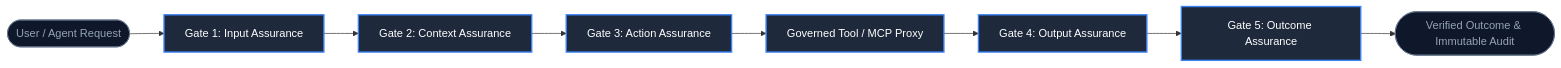
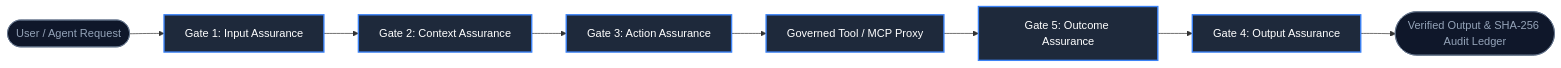
The diagram in README.md (VedantPanchal23/MIRAGE), drawn with Mermaid before and after one commit. The commit also changed other lines of this file and 68 other files, not shown here.

````diff
--- a/README.md
+++ b/README.md
@@ -38,15 +26,15 @@
 ```mermaid
 flowchart LR
-    In([User / Agent Request]) --> G1[Gate 1: Input Assurance]
-    G1 --> G2[Gate 2: Context Assurance]
-    G2 --> G3[Gate 3: Action Assurance]
-    G3 --> Tool[Governed Tool / MCP Proxy]
-    Tool --> G4[Gate 4: Output Assurance]
-    G4 --> G5[Gate 5: Outcome Assurance]
-    G5 --> Out([Verified Outcome & Immutable Audit])
+    In(["User / Agent Request"]) --> G1["Gate 1: Input Assurance"]
+    G1 --> G2["Gate 2: Context Assurance"]
+    G2 --> G3["Gate 3: Action Assurance"]
+    G3 --> Proxy["Governed Tool / MCP Proxy"]
+    Proxy --> G5["Gate 5: Outcome Assurance"]
+    G5 --> G4["Gate 4: Output Assurance"]
+    G4 --> Out(["Verified Output & SHA-256 Audit Ledger"])
 
     classDef gate fill:#1e293b,stroke:#3b82f6,stroke-width:2px,color:#fff;
     classDef io fill:#0f172a,stroke:#64748b,stroke-width:1px,color:#94a3b8;
     class In,Out io;
-    class G1,G2,G3,G4,G5,Tool gate;
+    class G1,G2,G3,G4,G5,Proxy gate;
 ```
````
